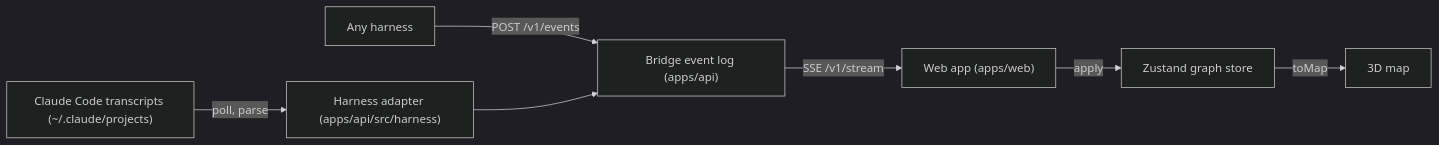
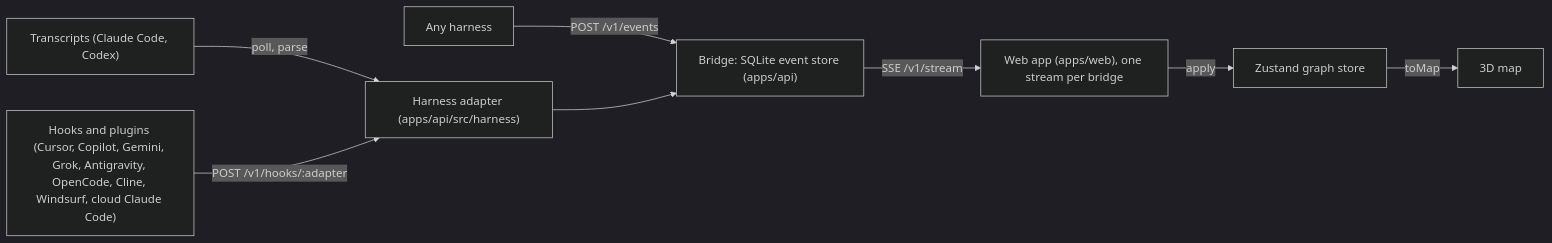
Before and after one commit to KbeniM/agent-map: the diagram in docs/architecture.md, drawn with Mermaid (dark theme). The commit also changed other lines of this file and 104 other files, not shown here.

First line of the commit message:
Production bridge, ten harness adapters, settings UI, Hugeicons

````diff
--- a/docs/architecture.md
+++ b/docs/architecture.md
@@ -5,9 +5,10 @@
 ```mermaid
 graph LR
-    CC["Claude Code transcripts (~/.claude/projects)"] -->|poll, parse| Adapter["Harness adapter (apps/api/src/harness)"]
+    Files["Transcripts (Claude Code, Codex)"] -->|poll, parse| Adapter["Harness adapter (apps/api/src/harness)"]
+    Hooks["Hooks and plugins (Cursor, Copilot, Gemini, Grok, Antigravity, OpenCode, Cline, Windsurf, cloud Claude Code)"] -->|POST /v1/hooks/:adapter| Adapter
     Other["Any harness"] -->|POST /v1/events| Bridge
-    Adapter --> Bridge["Bridge event log (apps/api)"]
-    Bridge -->|SSE /v1/stream| Web["Web app (apps/web)"]
+    Adapter --> Bridge["Bridge: SQLite event store (apps/api)"]
+    Bridge -->|SSE /v1/stream| Web["Web app (apps/web), one stream per bridge"]
     Web -->|apply| Store["Zustand graph store"]
     Store -->|toMap| Map["3D map"]
 ```
````
